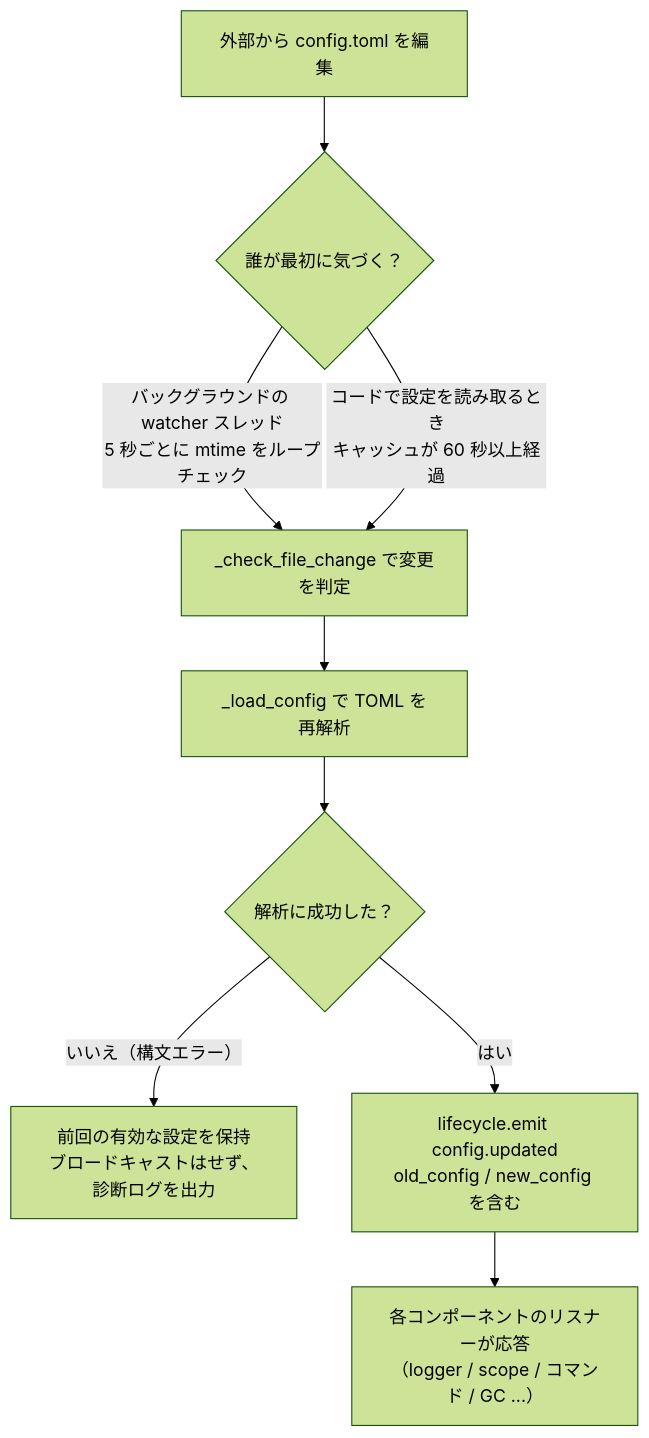
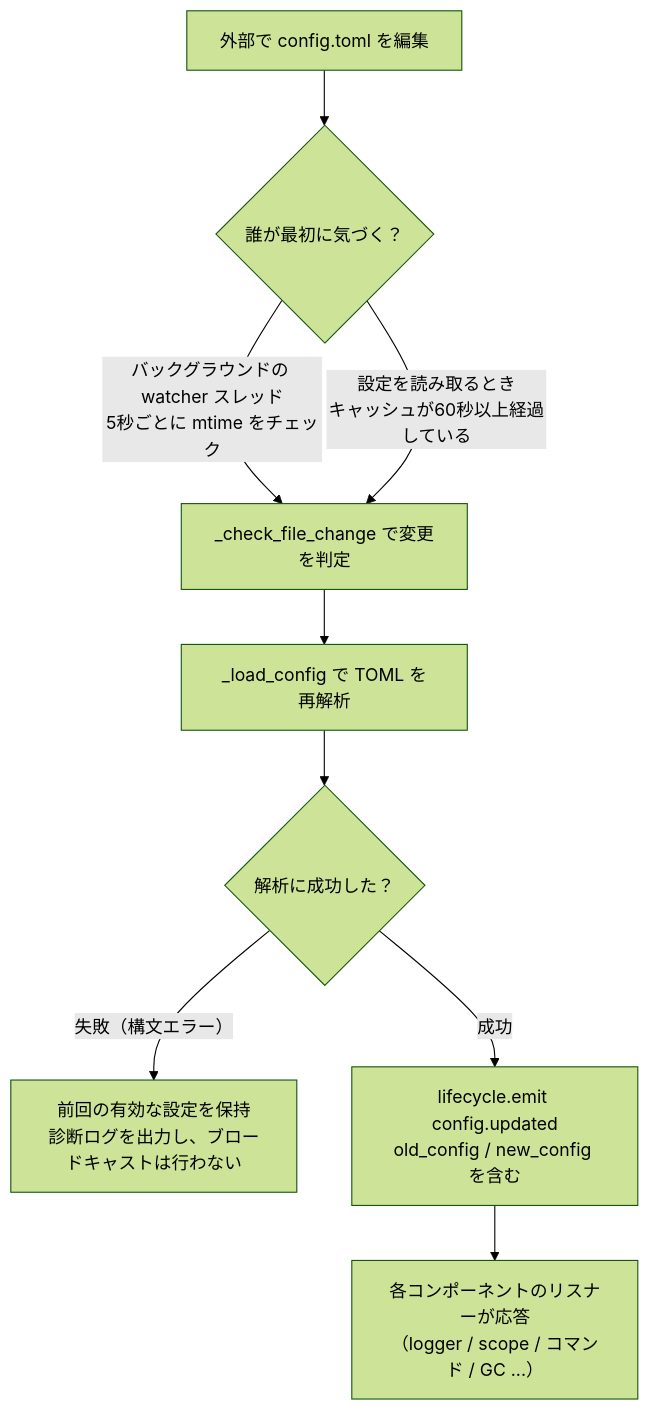
Before and after one commit to ErisPulse/ErisPulse: the diagram in docs/ja/ai-support/skills/erispulse-config-cli/SKILL.md, drawn with Mermaid (forest theme). The commit also changed other lines of this file and 194 other files, not shown here.

````diff
--- a/docs/ja/ai-support/skills/erispulse-config-cli/SKILL.md
+++ b/docs/ja/ai-support/skills/erispulse-config-cli/SKILL.md
@@ -215,11 +215,11 @@
 ```mermaid
 flowchart TD
-    A["外部から config.toml を編集"] --> B{"誰が最初に気づく？"}
-    B -->|"バックグラウンドの watcher スレッド<br/>5 秒ごとに mtime をループチェック"| C["_check_file_change で変更を判定"]
-    B -->|"コードで設定を読み取るとき<br/>キャッシュが 60 秒以上経過"| C
+    A["外部で config.toml を編集"] --> B{"誰が最初に気づく？"}
+    B -->|"バックグラウンドの watcher スレッド<br/>5秒ごとに mtime をチェック"| C["_check_file_change で変更を判定"]
+    B -->|"設定を読み取るとき<br/>キャッシュが60秒以上経過している"| C
     C --> D["_load_config で TOML を再解析"]
     D --> E{"解析に成功した？"}
-    E -->|"いいえ（構文エラー）"| F["前回の有効な設定を保持<br/>ブロードキャストはせず、診断ログを出力"]
-    E -->|"はい"| G["lifecycle.emit config.updated<br/>old_config / new_config を含む"]
+    E -->|"失敗（構文エラー）"| F["前回の有効な設定を保持<br/>診断ログを出力し、ブロードキャストは行わない"]
+    E -->|"成功"| G["lifecycle.emit config.updated<br/>old_config / new_config を含む"]
     G --> H["各コンポーネントのリスナーが応答<br/>（logger / scope / コマンド / GC ...）"]
 ```
````
